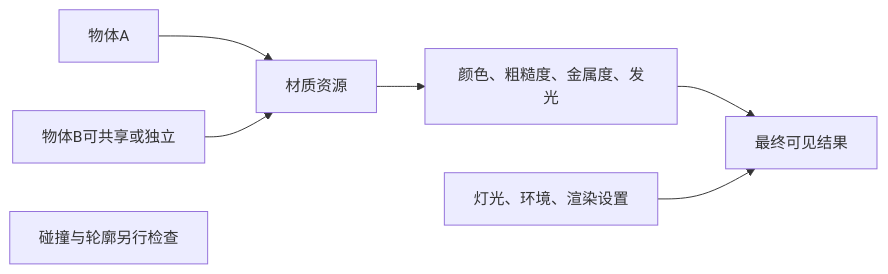
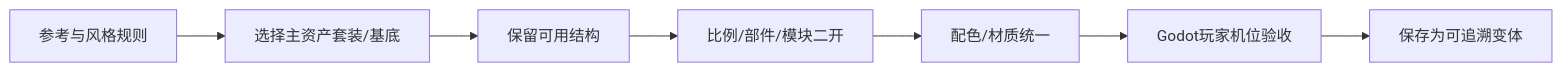
The diagram in curriculum/dialogues/D02.md (Zilur/ai-3d-game-learning), drawn with Mermaid before and after one commit. The commit also changed other lines of this file and 57 other files, not shown here.

````diff
--- a/curriculum/dialogues/D02.md
+++ b/curriculum/dialogues/D02.md
@@ -27,9 +27,9 @@
 ```mermaid
 flowchart LR
- A["物体A"] --> R["材质资源"]
- B["物体B可共享或独立"] --> R
- R --> P["颜色、粗糙度、金属度、发光"]
- P --> V["最终可见结果"]
- L["灯光、环境、渲染设置"] --> V
- C["碰撞与轮廓另行检查"]
+  R["参考与风格规则"] --> K["选择主资产套装/基底"]
+  K --> B["保留可用结构"]
+  B --> M["比例/部件/模块二开"]
+  M --> P["配色/材质统一"]
+  P --> G["Godot玩家机位验收"]
+  G --> L["保存为可追溯变体"]
 ```
````
